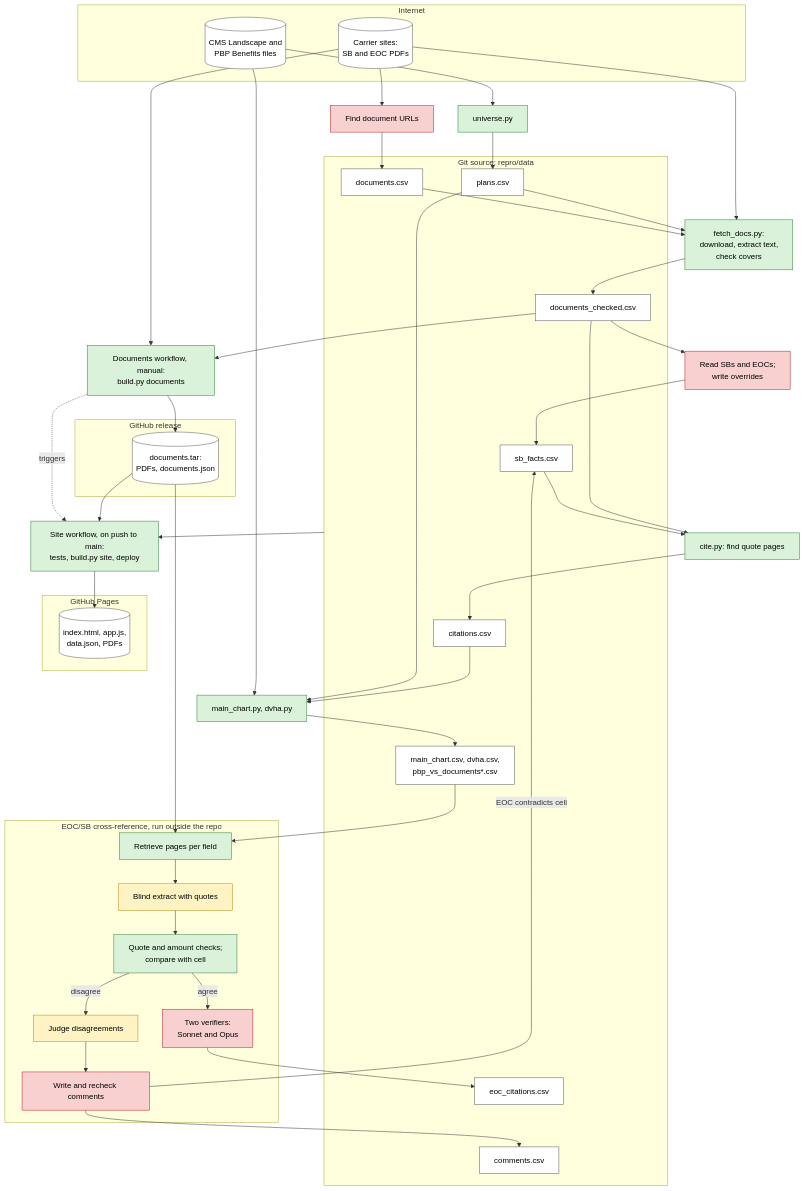
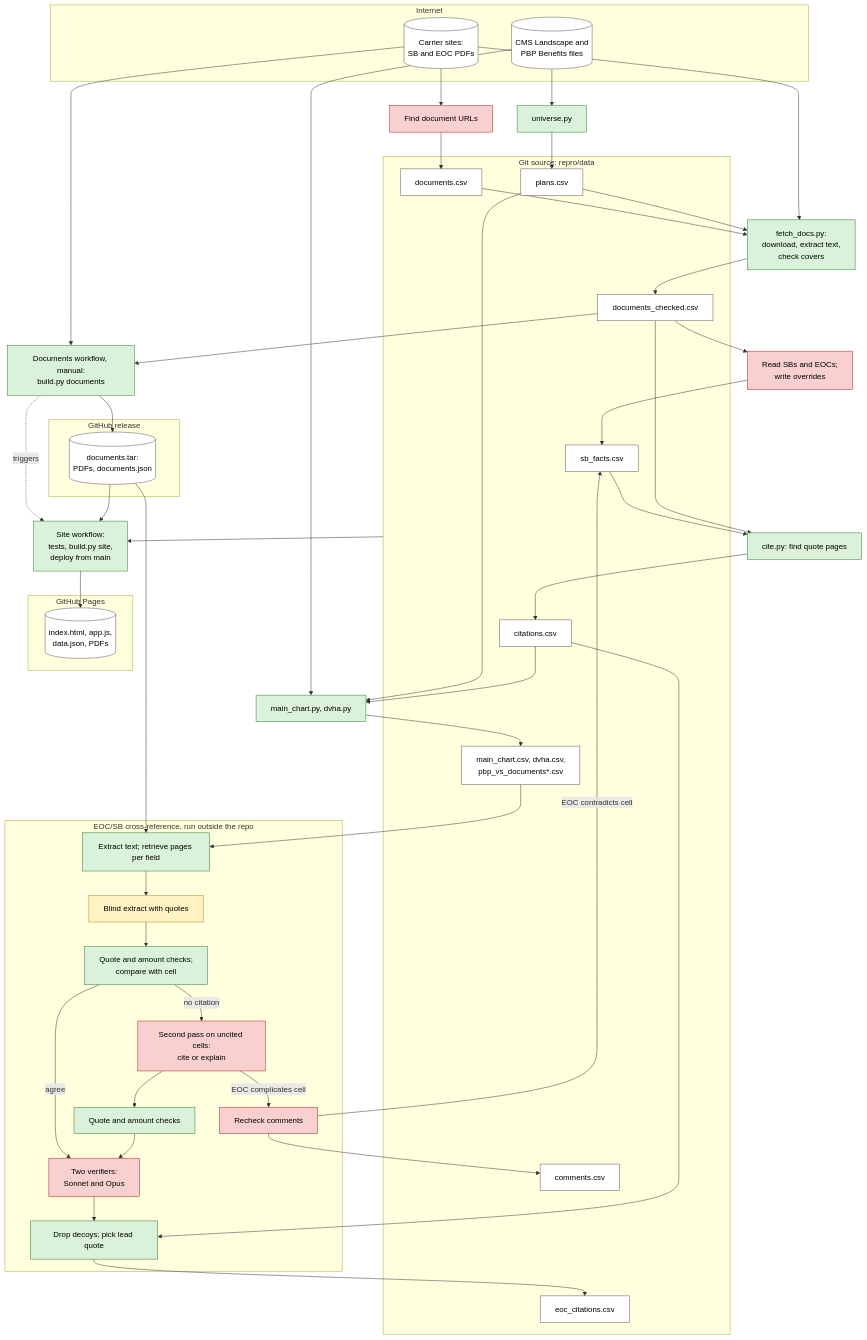
Before and after one commit to rosenhouse-bot-sandbox/shiba-data: the diagram in docs/pipeline.md, drawn with Mermaid. The commit also changed other lines of this file, not shown here.

Commit message:
Address review: show the second-pass model and assemble step; correct Site workflow notes
Claude-Session: https://claude.ai/code/session_01XJNHFwQaL9GbaMg19csXN6

````diff
--- a/docs/pipeline.md
+++ b/docs/pipeline.md
@@ -3,68 +3,72 @@
 ```mermaid
 flowchart TB
   classDef det fill:#d9f2d9,stroke:#2e7d32,color:#000
   classDef cheap fill:#fff3c4,stroke:#b8860b,color:#000
   classDef heavy fill:#f8d0d0,stroke:#b71c1c,color:#000
   classDef state fill:#fff,stroke:#555,color:#000
 
   subgraph external [Internet]
+    carriers[(Carrier sites:<br>SB and EOC PDFs)]:::state
     cms[(CMS Landscape and<br>PBP Benefits files)]:::state
-    carriers[(Carrier sites:<br>SB and EOC PDFs)]:::state
   end
 
   subgraph git [Git source: repro/data]
     documents[documents.csv]:::state
     plans[plans.csv]:::state
     checked[documents_checked.csv]:::state
     facts[sb_facts.csv]:::state
     citations[citations.csv]:::state
     sheets[main_chart.csv, dvha.csv,<br>pbp_vs_documents*.csv]:::state
     eoccites[eoc_citations.csv]:::state
     comments[comments.csv]:::state
   end
 
   subgraph release [GitHub release]
     tar[(documents.tar:<br>PDFs, documents.json)]:::state
   end
 
   subgraph web [GitHub Pages]
     site[(index.html, app.js,<br>data.json, PDFs)]:::state
   end
 
-  find[Find document URLs]:::heavy
+  findurls[Find document URLs]:::heavy
   universe[universe.py]:::det
   fetch[fetch_docs.py:<br>download, extract text,<br>check covers]:::det
   review[Read SBs and EOCs;<br>write overrides]:::heavy
   cite[cite.py: find quote pages]:::det
   gen[main_chart.py, dvha.py]:::det
 
-  carriers --> find --> documents
+  carriers --> findurls --> documents
   cms --> universe --> plans
   documents & plans --> fetch --> checked
   carriers --> fetch
   checked --> review --> facts
   facts & checked --> cite --> citations
   cms & plans & citations --> gen --> sheets
 
   subgraph xref [EOC/SB cross-reference, run outside the repo]
-    retrieve[Retrieve pages per field]:::det
+    retrieve[Extract text; retrieve pages per field]:::det
     extract[Blind extract with quotes]:::cheap
     validate[Quote and amount checks;<br>compare with cell]:::det
-    judge[Judge disagreements]:::cheap
+    second[Second pass on uncited cells:<br>cite or explain]:::heavy
+    recheck[Quote and amount checks]:::det
     verify[Two verifiers:<br>Sonnet and Opus]:::heavy
-    write[Write and recheck comments]:::heavy
+    assemble[Drop decoys; pick lead quote]:::det
+    write[Recheck comments]:::heavy
   end
 
   tar & sheets --> retrieve --> extract --> validate
-  validate -- agree --> verify --> eoccites
-  validate -- disagree --> judge --> write --> comments
+  validate -- agree --> verify
+  validate -- no citation --> second --> recheck --> verify --> assemble --> eoccites
+  citations --> assemble
+  second -- EOC complicates cell --> write --> comments
   write -- EOC contradicts cell --> facts
 
   docwf[Documents workflow, manual:<br>build.py documents]:::det
-  sitewf[Site workflow, on push to main:<br>tests, build.py site, deploy]:::det
+  sitewf[Site workflow:<br>tests, build.py site,<br>deploy from main]:::det
 
   checked --> docwf
   carriers --> docwf --> tar
   docwf -. triggers .-> sitewf
   tar & git --> sitewf --> site
 ```
````
